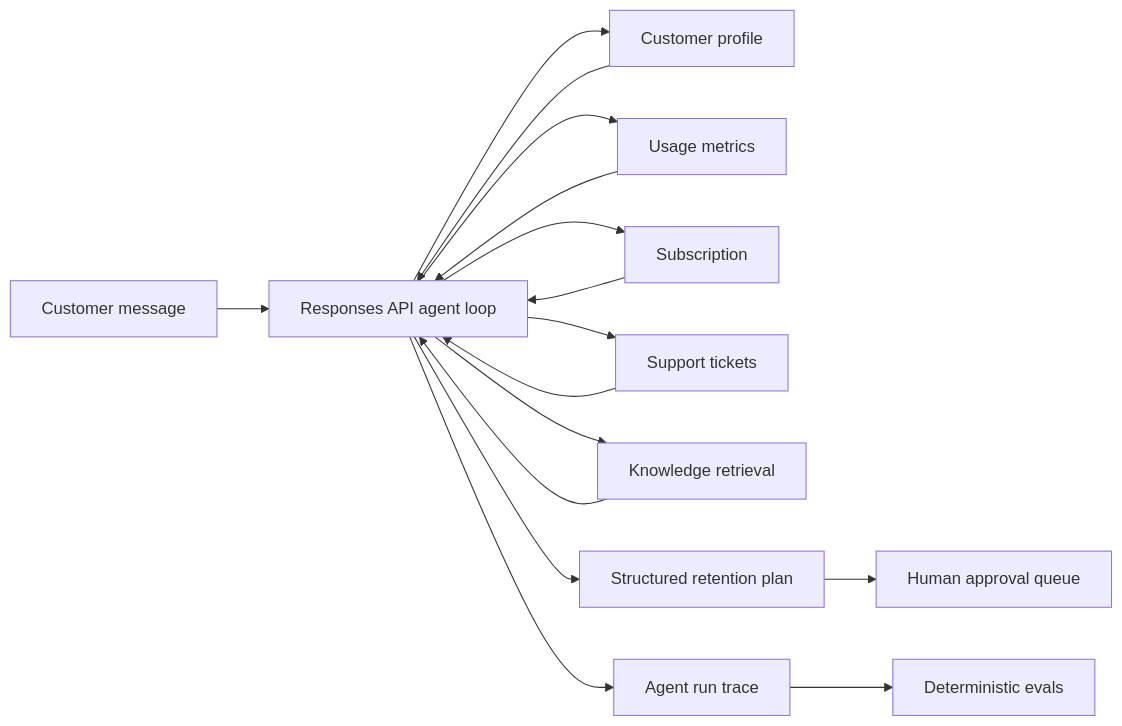
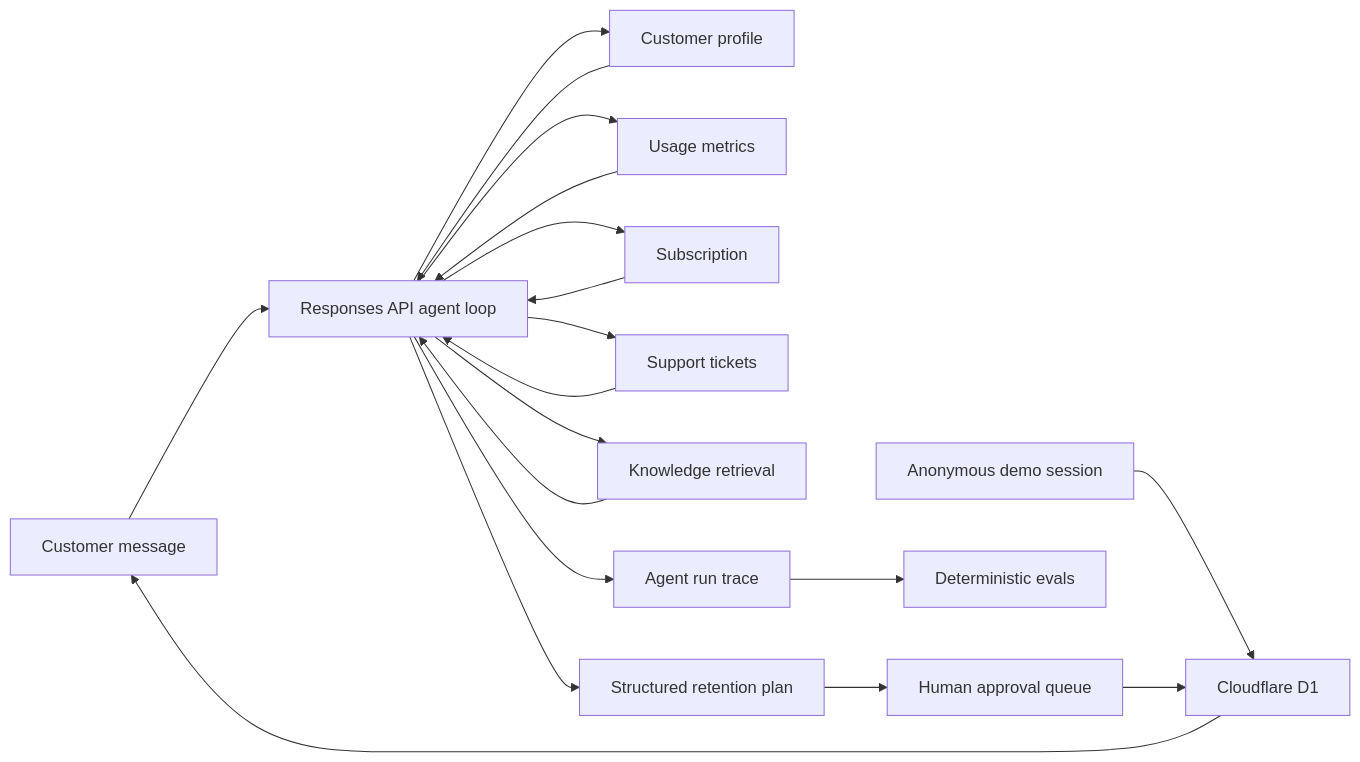
One commit to AmalEN20/RetainAI changed the diagram in README.md. Above: the diagram before and after it, drawn with Mermaid. The commit also changed other lines of this file and 21 other files, not shown here.

Commit message:
feat: add anonymous interactive demo workspace

````diff
--- a/README.md
+++ b/README.md
@@ -57,18 +62,21 @@
 ```mermaid
 flowchart LR
     A[Customer message] --> B[Responses API agent loop]
     B --> C[Customer profile]
     B --> D[Usage metrics]
     B --> E[Subscription]
     B --> F[Support tickets]
     B --> G[Knowledge retrieval]
     C --> B
     D --> B
     E --> B
     F --> B
     G --> B
     B --> H[Structured retention plan]
     H --> I[Human approval queue]
     B --> J[Agent run trace]
     J --> K[Deterministic evals]
+    L[Anonymous demo session] --> M[Cloudflare D1]
+    M --> A
+    I --> M
 ```
````
